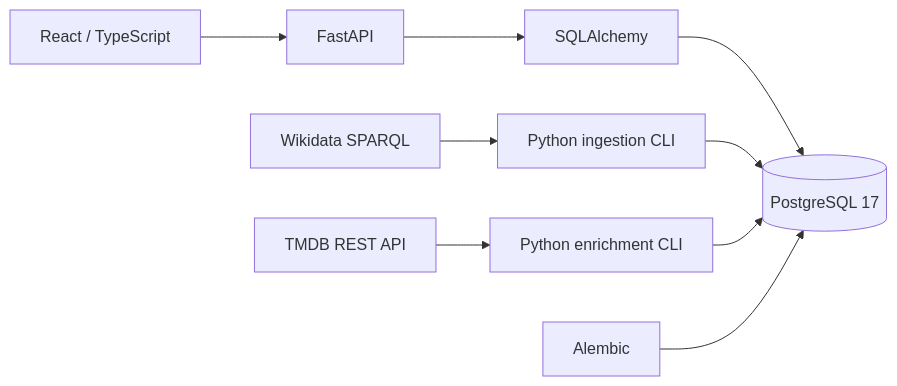
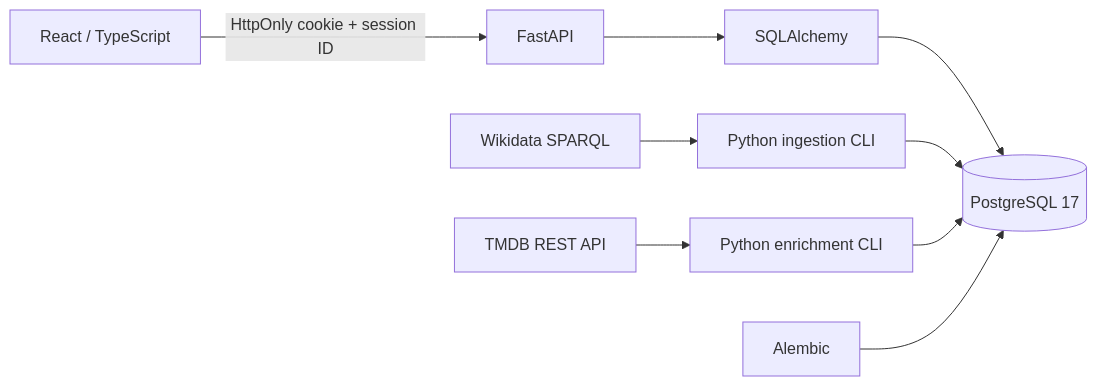
One commit to sShahriyaryG/cineatlas-web changed the diagram in README.md. Above: the diagram before and after it, drawn with Mermaid. The commit also changed other lines of this file and 5 other files, not shown here.

````diff
--- a/README.md
+++ b/README.md
@@ -20,11 +23,11 @@
 ```mermaid
 flowchart LR
-    Browser[React / TypeScript] --> API[FastAPI]
+    Browser[React / TypeScript] -->|HttpOnly cookie + session ID| API[FastAPI]
     API --> ORM[SQLAlchemy]
     ORM --> DB[(PostgreSQL 17)]
     WD[Wikidata SPARQL] --> ETL[Python ingestion CLI]
     ETL --> DB
     TMDB[TMDB REST API] --> Enrich[Python enrichment CLI]
     Enrich --> DB
     Migrations[Alembic] --> DB
 ```
````
